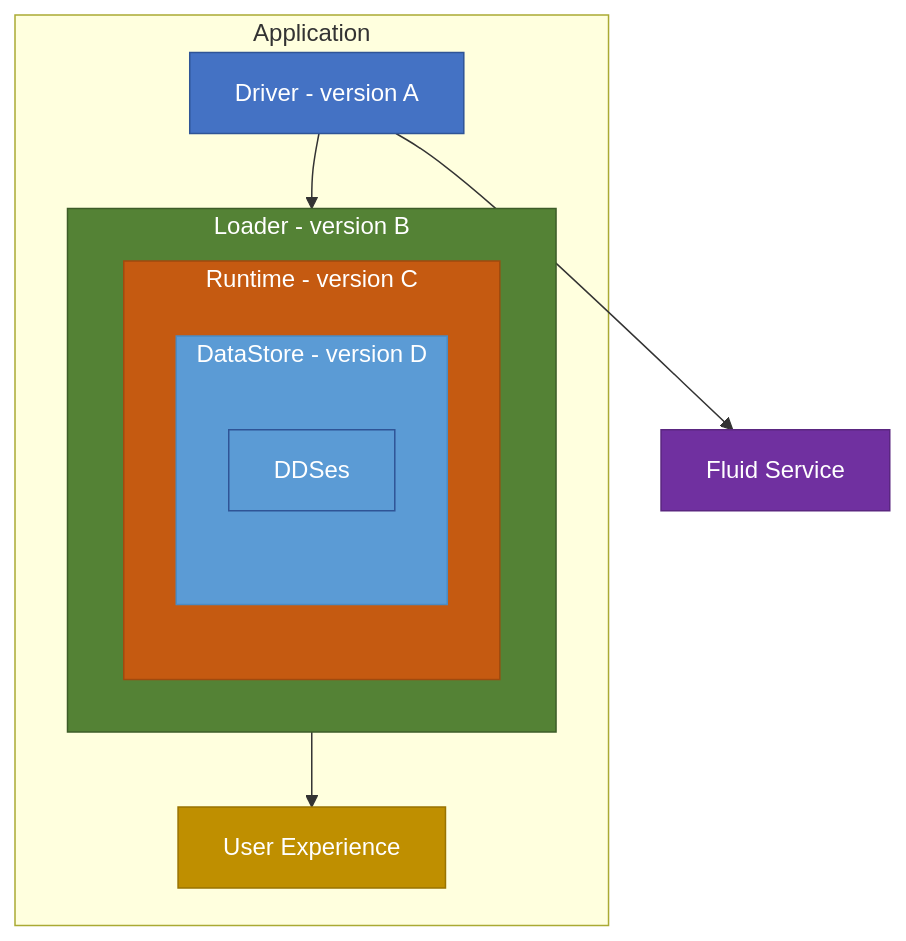
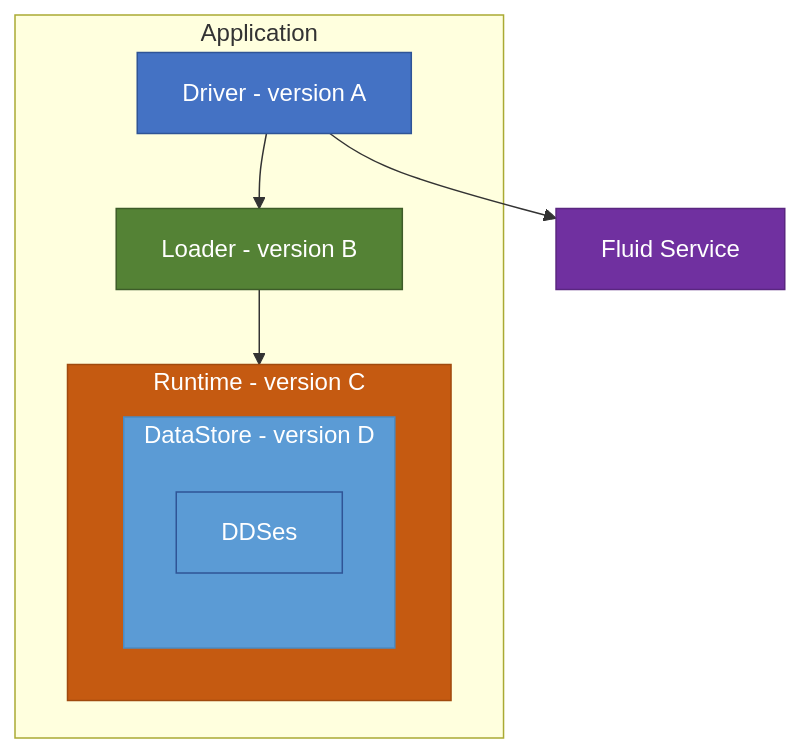
One commit to microsoft/FluidFramework changed the second of 3 diagrams in FluidCompatibilityConsiderations.md. Above: the diagram before and after it, drawn with Mermaid. The commit also changed other lines of this file, not shown here.

````diff
--- a/FluidCompatibilityConsiderations.md
+++ b/FluidCompatibilityConsiderations.md
@@ -59,28 +59,24 @@
 ```mermaid
 graph TD
     subgraph Application
-        UX[User Experience]
-
         Driver[Driver - version A]
-        subgraph Loader[Loader - version B]
-            subgraph Runtime[Runtime - version C]
-                subgraph DataStore[DataStore - version D]
-                    DDSes[DDSes]
-                end
+        Loader[Loader - version B]
+        subgraph Runtime[Runtime - version C]
+            subgraph DataStore[DataStore - version D]
+                DDSes[DDSes]
             end
         end
     end
     FFS[Fluid Service]
 
-    Loader --> UX
     Driver --> Loader
     Driver --> FFS
+    Loader --> Runtime
 
-    style UX fill:#bf8f00,stroke:#997300,color:#fff
     style Driver fill:#4472c4,stroke:#2f5496,color:#fff
     style Loader fill:#548235,stroke:#3d5c28,color:#fff
     style Runtime fill:#c55a11,stroke:#a04a0e,color:#fff
     style DataStore fill:#5b9bd5,stroke:#4a8bc4,color:#fff
     style DDSes fill:#5b9bd5,stroke:#2f5496,color:#fff,stroke-width:1px
     style FFS fill:#7030a0,stroke:#5a2680,color:#fff
 ```
````
